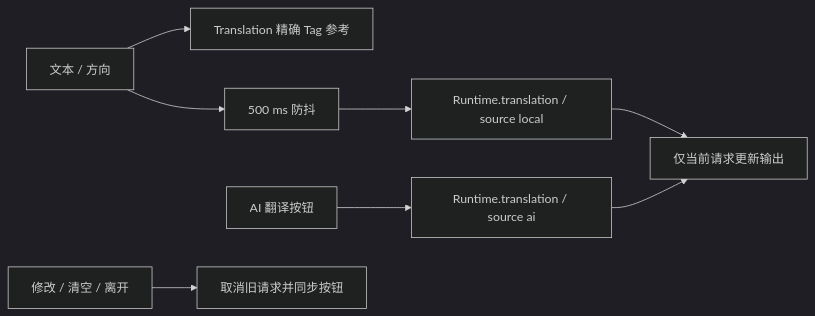
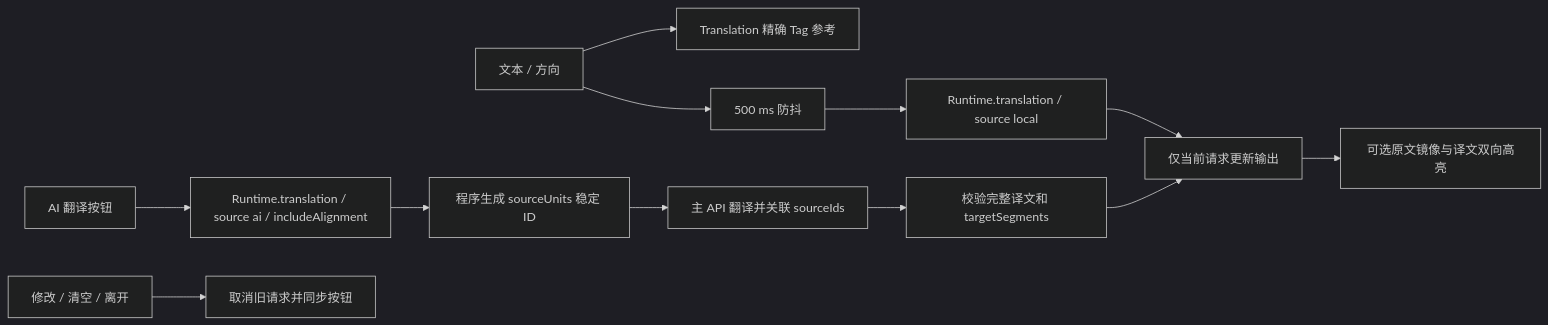
One commit to star-abyss/ai-tag-toolbox changed the fourth of 4 diagrams in 项目当前架构与统一重构规划.md. Above: the diagram before and after it, drawn with Mermaid (dark theme). The commit also changed other lines of this file and 15 other files, not shown here.

````diff
--- a/项目当前架构与统一重构规划.md
+++ b/项目当前架构与统一重构规划.md
@@ -240,10 +242,14 @@
 ```mermaid
 flowchart LR
   Input[文本 / 方向] --> Ref[Translation 精确 Tag 参考]
   Input --> Delay[500 ms 防抖]
   Delay --> Local[Runtime.translation / source local]
-  Button[AI 翻译按钮] --> AI[Runtime.translation / source ai]
+  Button[AI 翻译按钮] --> AI[Runtime.translation / source ai / includeAlignment]
+  AI --> Units[程序生成 sourceUnits 稳定 ID]
+  Units --> Model[主 API 翻译并关联 sourceIds]
+  Model --> Validate[校验完整译文和 targetSegments]
   Local --> Current[仅当前请求更新输出]
-  AI --> Current
+  Validate --> Current
+  Current --> Highlight[可选原文镜像与译文双向高亮]
   Edit[修改 / 清空 / 离开] --> Cancel[取消旧请求并同步按钮]
 ```
````
